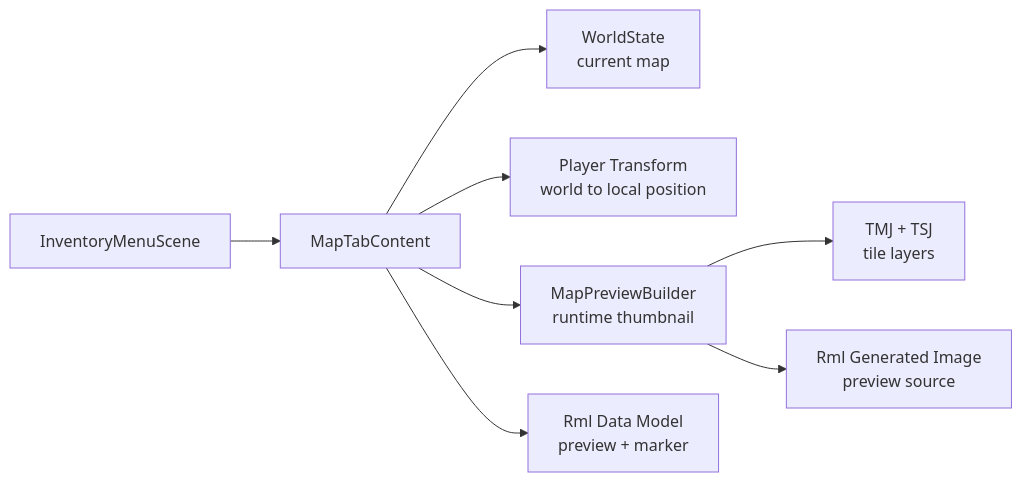
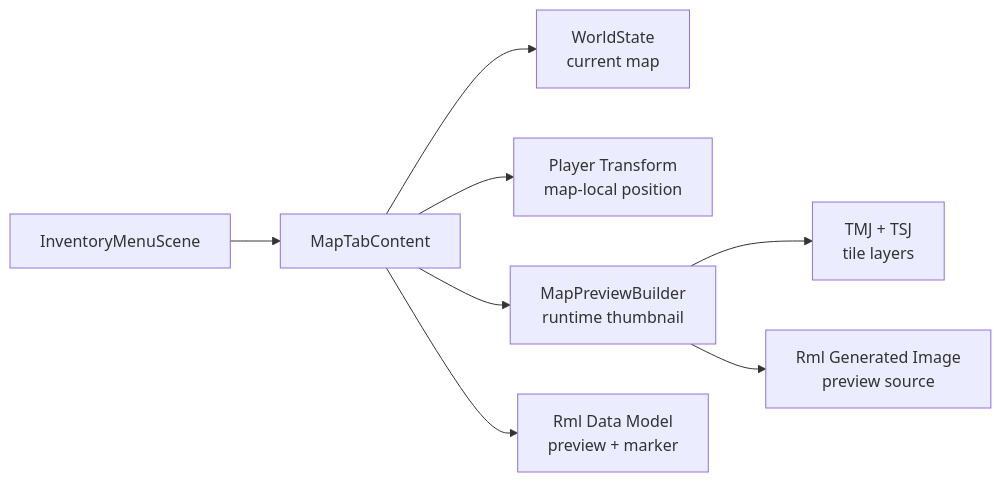
One commit to WispSnow/TinyFarmRPG changed the diagram in plans/map-tab-phase-01-preview-and-player-marker.md. Above: the diagram before and after it, drawn with Mermaid. The commit also changed other lines of this file and 26 other files, not shown here.

Commit message:
完成地图tab阶段1

````diff
--- a/plans/map-tab-phase-01-preview-and-player-marker.md
+++ b/plans/map-tab-phase-01-preview-and-player-marker.md
@@ -22,10 +22,10 @@
 ```mermaid
 flowchart LR
   InventoryMenuScene["InventoryMenuScene"] --> MapTabContent["MapTabContent"]
   MapTabContent --> WorldState["WorldState<br/>current map"]
-  MapTabContent --> PlayerTransform["Player Transform<br/>world to local position"]
+  MapTabContent --> PlayerTransform["Player Transform<br/>map-local position"]
   MapTabContent --> PreviewBuilder["MapPreviewBuilder<br/>runtime thumbnail"]
   PreviewBuilder --> TiledMap["TMJ + TSJ<br/>tile layers"]
   PreviewBuilder --> RmlGeneratedImage["Rml Generated Image<br/>preview source"]
   MapTabContent --> RmlModel["Rml Data Model<br/>preview + marker"]
 ```
````
